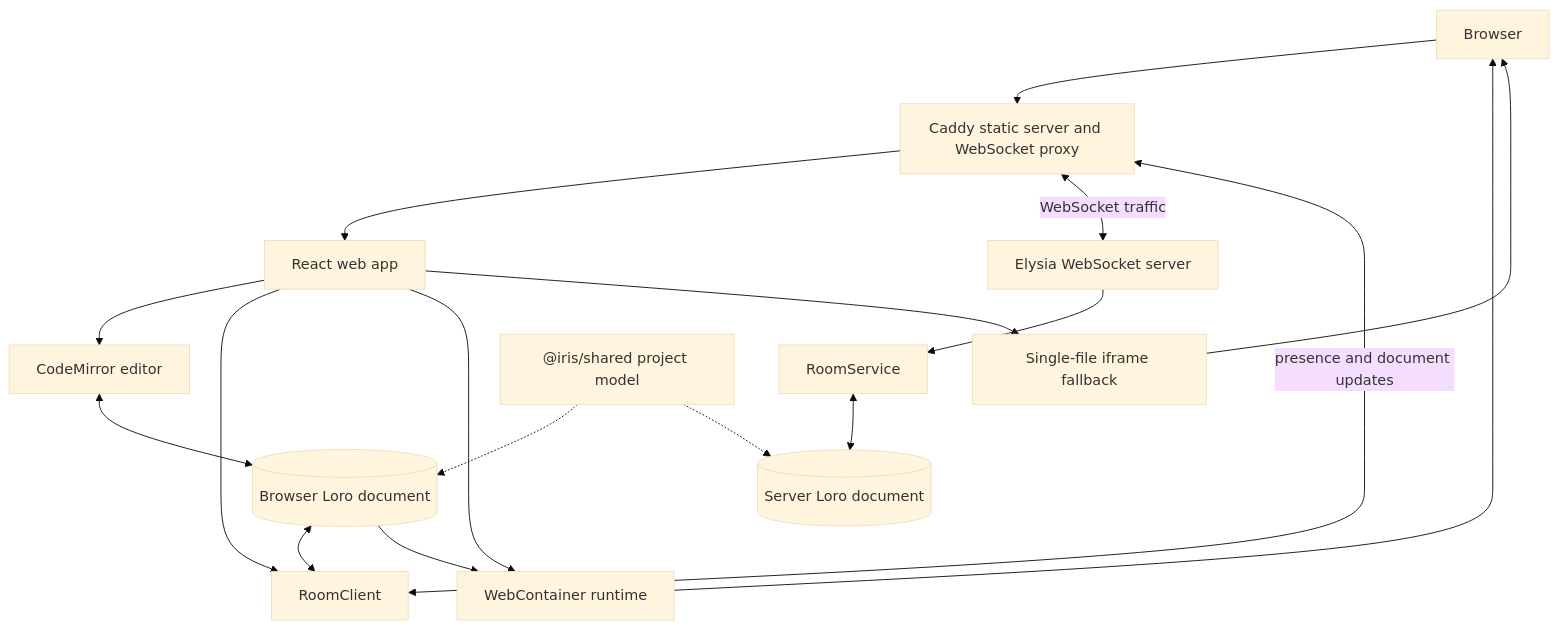
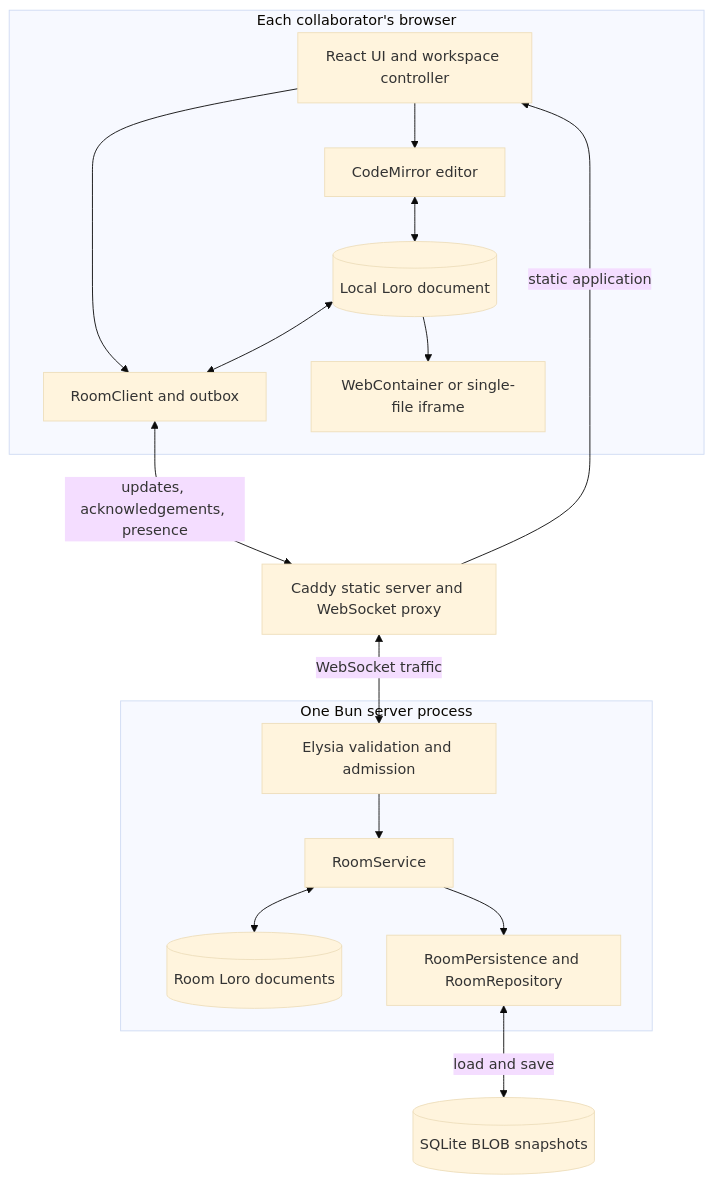
One commit to BBboy01/Tsugite changed the first of 3 diagrams in docs/architecture.md. Above: the diagram before and after it, drawn with Mermaid (base theme). The commit also changed other lines of this file and 71 other files, not shown here.

````diff
--- a/docs/architecture.md
+++ b/docs/architecture.md
@@ -7,33 +9,30 @@
 ```mermaid
 flowchart TB
-  Browser["Browser"]
-  Web["React web app"]
-  Editor["CodeMirror editor"]
-  RoomClient["RoomClient"]
-  Preview["WebContainer runtime"]
-  Fallback["Single-file iframe fallback"]
+  subgraph Browser["Each collaborator's browser"]
+    Web["React UI and workspace controller"]
+    Editor["CodeMirror editor"]
+    RoomClient["RoomClient and outbox"]
+    ClientDocument[("Local Loro document")]
+    Preview["WebContainer or single-file iframe"]
+    Web --> Editor
+    Web --> RoomClient
+    Editor <--> ClientDocument
+    ClientDocument <--> RoomClient
+    ClientDocument --> Preview
+  end
   Proxy["Caddy static server and WebSocket proxy"]
-  Server["Elysia WebSocket server"]
-  Room["RoomService"]
-  ClientDocument[("Browser Loro document")]
-  ServerDocument[("Server Loro document")]
-  Shared["@iris/shared project model"]
-
-  Browser --> Proxy
-  Proxy --> Web
-  Web --> Editor
-  Web --> RoomClient
-  Web --> Preview
-  Web --> Fallback
-  RoomClient <-->|presence and document updates| Proxy
+  subgraph Backend["One Bun server process"]
+    Server["Elysia validation and admission"]
+    Room["RoomService"]
+    ServerDocument[("Room Loro documents")]
+    Persistence["RoomPersistence and RoomRepository"]
+    Server --> Room
+    Room <--> ServerDocument
+    Room --> Persistence
+  end
+  Database[("SQLite BLOB snapshots")]
+  Proxy -->|static application| Web
+  RoomClient <-->|updates, acknowledgements, presence| Proxy
   Proxy <-->|WebSocket traffic| Server
-  Server --> Room
-  Room <--> ServerDocument
-  Editor <--> ClientDocument
-  ClientDocument <--> RoomClient
-  ClientDocument --> Preview
-  Shared -.-> ClientDocument
-  Shared -.-> ServerDocument
-  Preview --> Browser
-  Fallback --> Browser
+  Persistence <-->|load and save| Database
 ```
````
